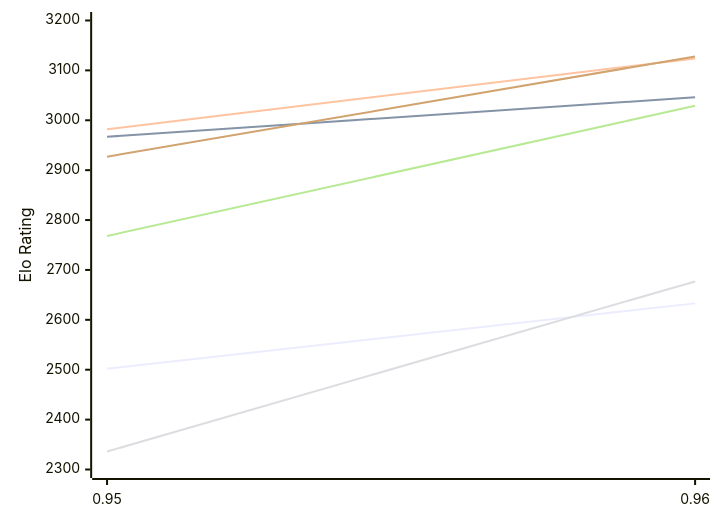
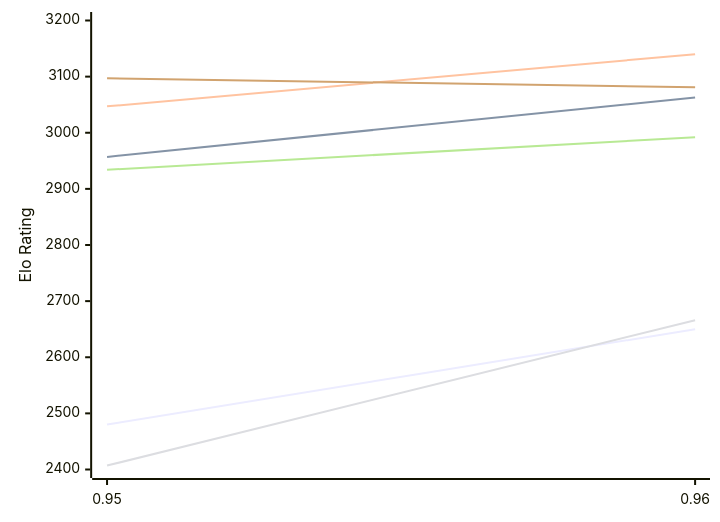
Before and after one commit to computer-chess-index/cci: the first of 2 diagrams in engines/Myrddin.md, drawn with Mermaid. The commit also changed other lines of this file, not shown here.

Commit message:
Update CCI Ratings (ELO VLTC) - 2026-11-14

````diff
--- a/engines/Myrddin.md
+++ b/engines/Myrddin.md
@@ -51,12 +51,12 @@
 ```mermaid
 %%{init: {"theme":"base","themeVariables":{"seriesColors:['#a3a3a3','#222221','#faa371']}}}%%
 xychart-beta
   x-axis ["0.95", "0.96"]
-  y-axis "Elo Rating" 2300 --> 3200
-  line "E1: STC (8.0+0.08s)" [2502, 2633]
-  line "E1: LTC (60.0+0.60s)" [2967, 3046]
-  line "E1: VLTC (2m24s+1.12s)" [2982, 3124]
-  line "P1: STC (8.0+0.08s)" [2336, 2677]
-  line "P1: LTC (60.0+0.60s)" [2768, 3029]
-  line "P1: VLTC (2m24s+1.12s)" [2927, 3128]
+  y-axis "Elo Rating" 2400 --> 3200
+  line "E1: STC (8.0+0.08s)" [2480, 2650]
+  line "E1: LTC (60.0+0.60s)" [2957, 3063]
+  line "E1: VLTC (2m24s+1.12s)" [3047, 3140]
+  line "P1: STC (8.0+0.08s)" [2407, 2666]
+  line "P1: LTC (60.0+0.60s)" [2934, 2992]
+  line "P1: VLTC (2m24s+1.12s)" [3097, 3081]
 ```
````
